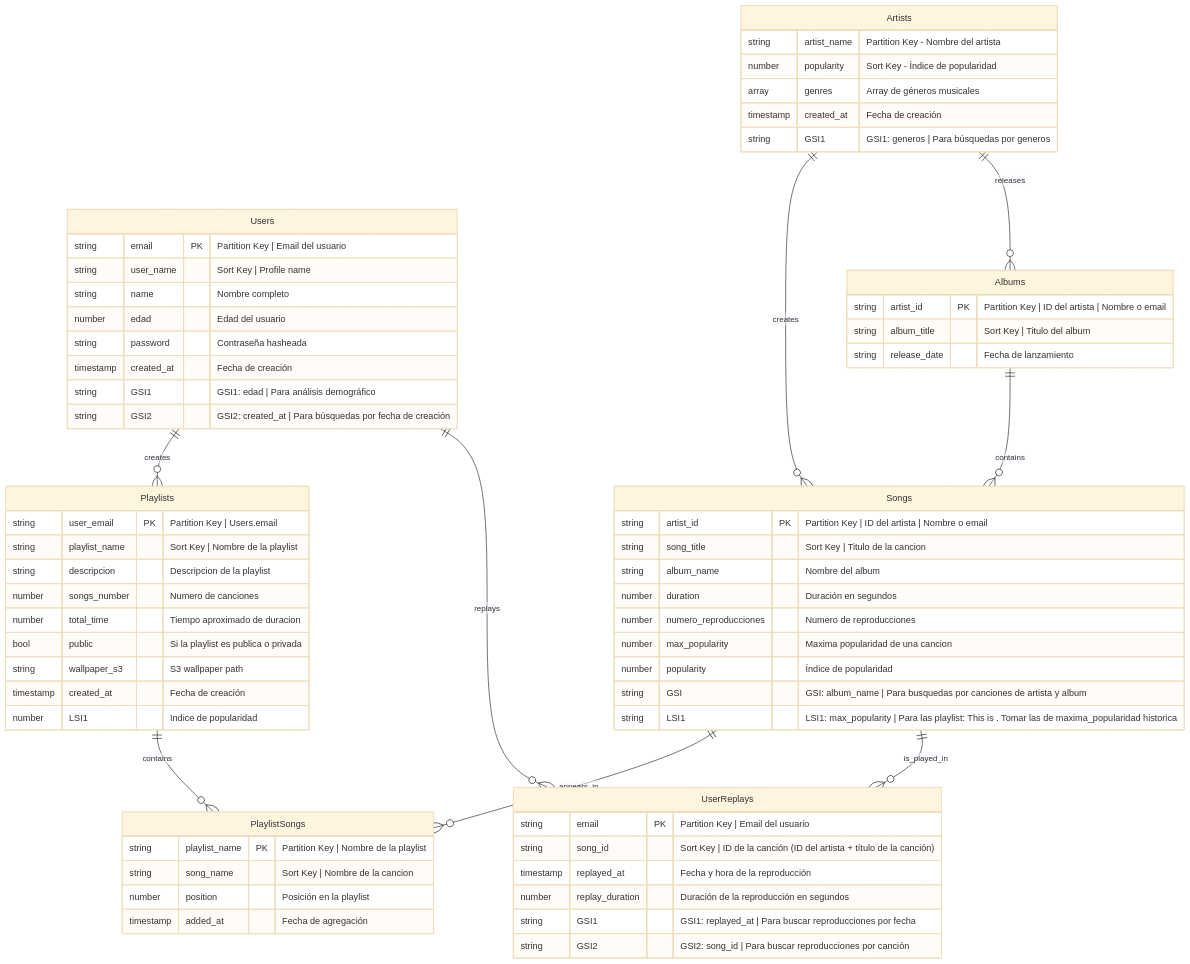
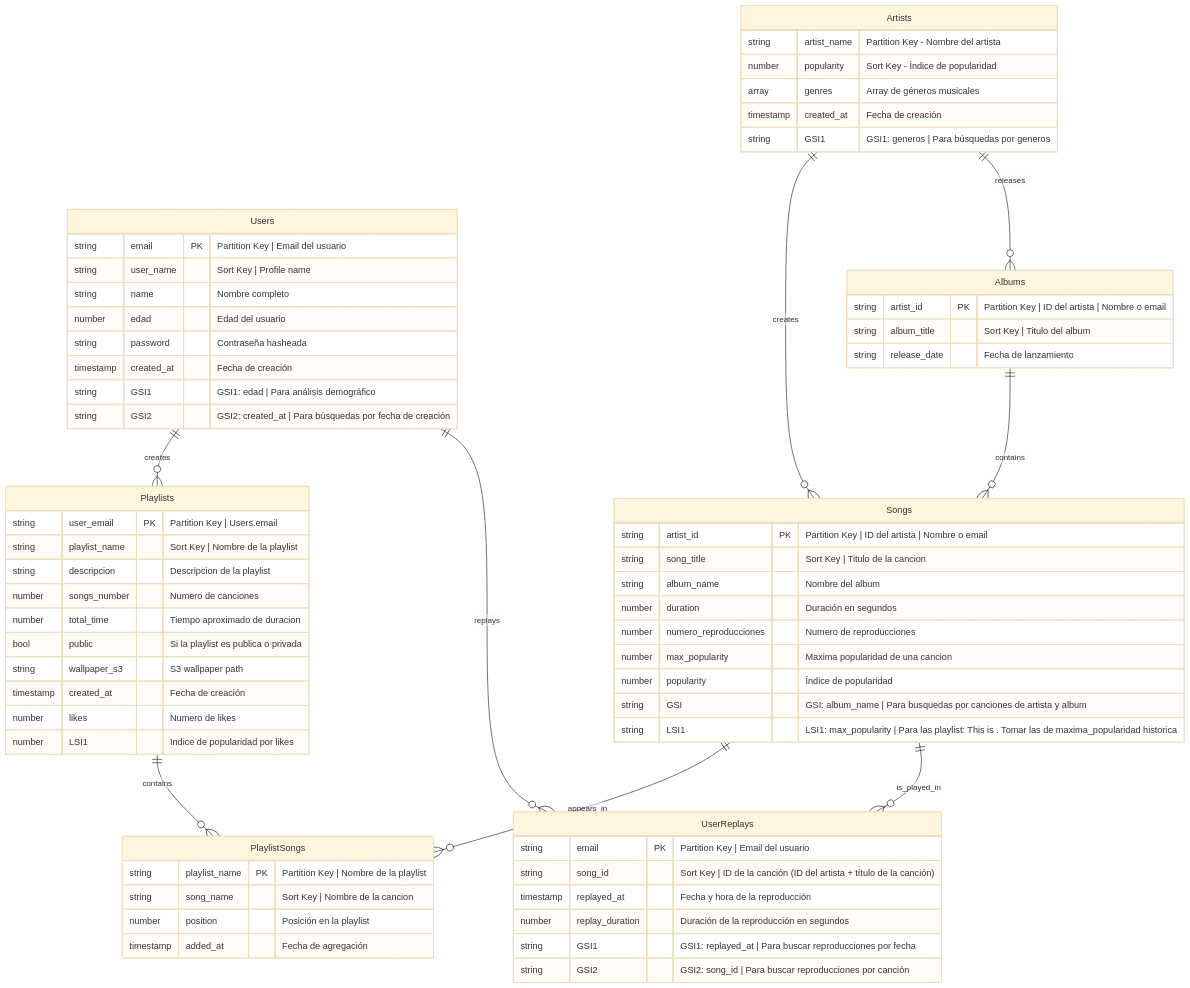
The second of 2 diagrams in prompts.md (jeremy-jmc/cloud-computing-final-project), drawn with Mermaid (base theme) before and after one commit. The commit also changed 4 other files, not shown here.

````diff
--- a/prompts.md
+++ b/prompts.md
@@ -211,78 +211,79 @@
 ```mermaid
 erDiagram
     Users {
         string email PK "Partition Key | Email del usuario"
         string user_name "Sort Key | Profile name"
         string name "Nombre completo"
         number edad "Edad del usuario"
         string password "Contraseña hasheada"
         timestamp created_at "Fecha de creación"
         string GSI1 "GSI1: edad | Para análisis demográfico"
         string GSI2 "GSI2: created_at | Para búsquedas por fecha de creación"
     }
 
     Artists {
         string artist_name "Partition Key - Nombre del artista"
         number popularity "Sort Key - Índice de popularidad"
         array genres "Array de géneros musicales"
         timestamp created_at "Fecha de creación"
         string GSI1 "GSI1: generos | Para búsquedas por generos"
     }
 
     Playlists {
         string user_email PK "Partition Key | Users.email"
         string playlist_name "Sort Key | Nombre de la playlist"
         string descripcion "Descripcion de la playlist"
         number songs_number "Numero de canciones"
         number total_time "Tiempo aproximado de duracion"
         bool public "Si la playlist es publica o privada"
         string wallpaper_s3 "S3 wallpaper path"
         timestamp created_at "Fecha de creación"
-        number LSI1  "Indice de popularidad"
+        number likes "Numero de likes"
+        number LSI1  "Indice de popularidad por likes"
     }
 
     Songs {
         string artist_id PK "Partition Key | ID del artista | Nombre o email"
         string song_title "Sort Key | Titulo de la cancion"
         string album_name "Nombre del album"
         number duration "Duración en segundos"
         number numero_reproducciones "Numero de reproducciones"
         number max_popularity "Maxima popularidad de una cancion"
         number popularity "Índice de popularidad"
         string GSI "GSI: album_name | Para busquedas por canciones de artista y album"
         string LSI1 "LSI1: max_popularity | Para las playlist: This is <artista> . Tomar las de maxima_popularidad historica"
     }
 
     
     Albums {
         string artist_id PK "Partition Key | ID del artista | Nombre o email"
         string album_title "Sort Key | Titulo del album"
         string release_date "Fecha de lanzamiento"
     }
 
     PlaylistSongs {
         string playlist_name PK "Partition Key | Nombre de la playlist"
         string song_name "Sort Key | Nombre de la cancion"
         number position "Posición en la playlist"
         timestamp added_at "Fecha de agregación"
     }
 
 
     UserReplays {
         string email PK "Partition Key | Email del usuario"
         string song_id "Sort Key | ID de la canción (ID del artista + título de la canción)"
         timestamp replayed_at "Fecha y hora de la reproducción"
         number replay_duration "Duración de la reproducción en segundos"
         string GSI1 "GSI1: replayed_at | Para buscar reproducciones por fecha"
         string GSI2 "GSI2: song_id | Para buscar reproducciones por canción"
     }
 
     Artists ||--o{ Songs : "creates"
     Artists ||--o{ Albums : "releases"
     Albums ||--o{ Songs : "contains"
     Users ||--o{ Playlists : "creates"
     Playlists ||--o{ PlaylistSongs : "contains"
     Songs ||--o{ PlaylistSongs : "appears_in"
     Users ||--o{ UserReplays : "replays"
     Songs ||--o{ UserReplays : "is_played_in"
 ```
````
